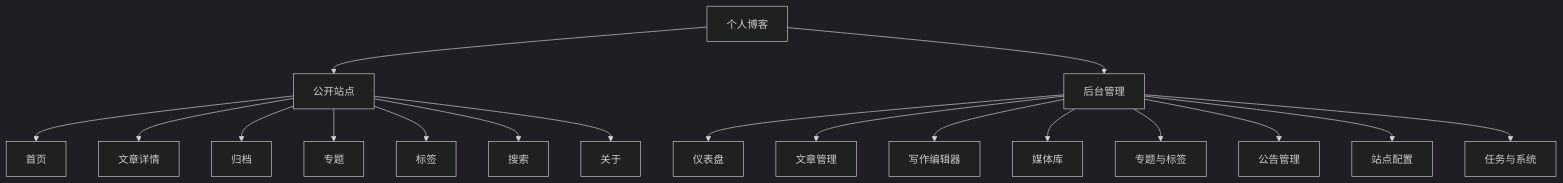
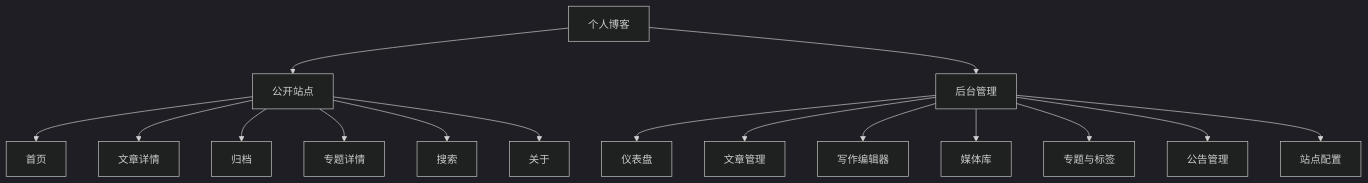
The diagram in docs/02-product-and-interaction-design.md (SolitudeKing/blog), drawn with Mermaid (dark theme) before and after one commit. The commit also changed other lines of this file and 40 other files, not shown here.

````diff
--- a/docs/02-product-and-interaction-design.md
+++ b/docs/02-product-and-interaction-design.md
@@ -20,20 +20,18 @@
 ```mermaid
 flowchart TD
   Root[个人博客] --> Public[公开站点]
   Root --> Admin[后台管理]
   Public --> Home[首页]
   Public --> Article[文章详情]
   Public --> Archives[归档]
-  Public --> Topics[专题]
-  Public --> Tags[标签]
+  Public --> Topics[专题详情]
   Public --> Search[搜索]
   Public --> About[关于]
   Admin --> Dashboard[仪表盘]
   Admin --> ArticleManage[文章管理]
   Admin --> Editor[写作编辑器]
   Admin --> Media[媒体库]
   Admin --> Taxonomy[专题与标签]
   Admin --> Notice[公告管理]
   Admin --> Settings[站点配置]
-  Admin --> Tasks[任务与系统]
 ```
````
